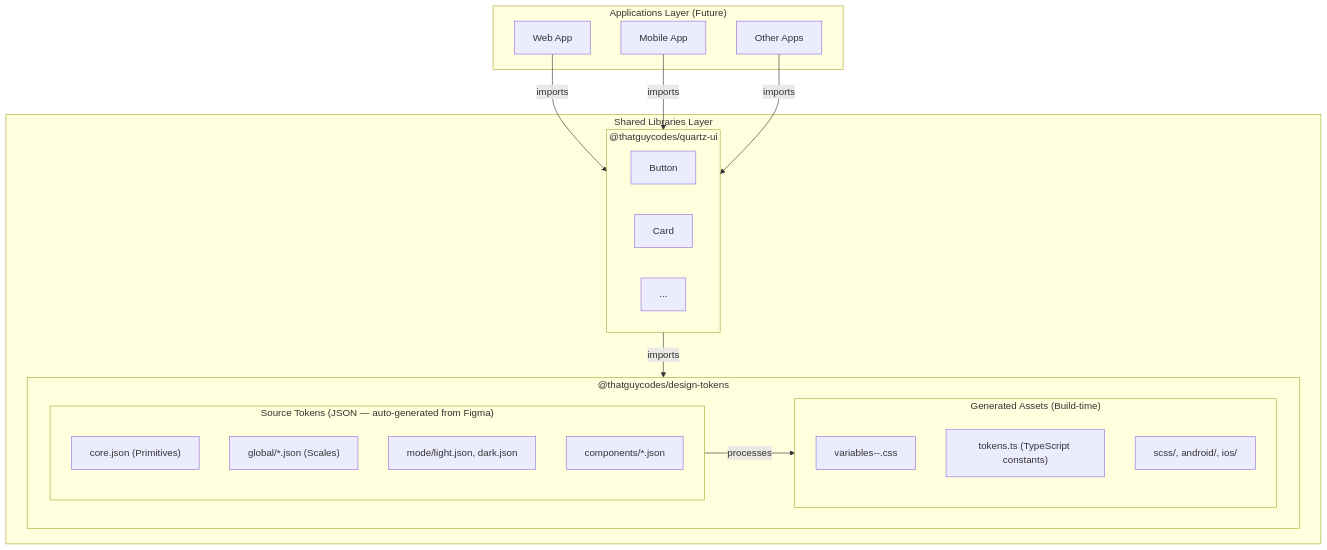
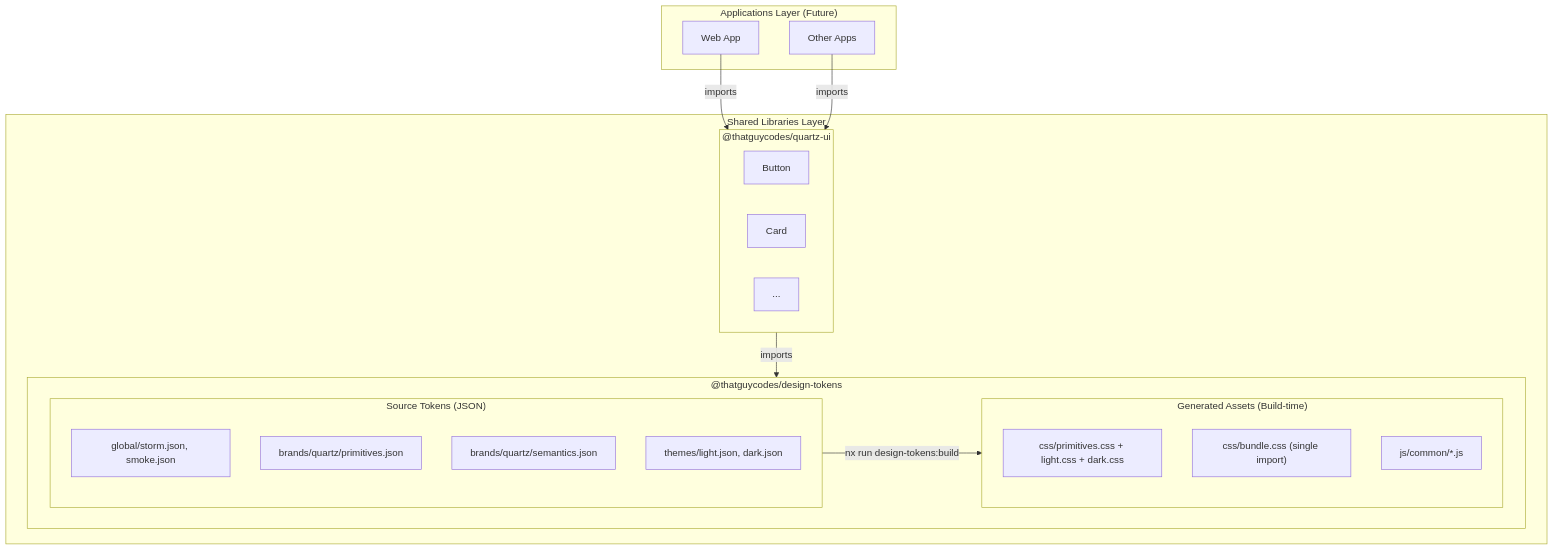
The second of 4 diagrams in docs/ARCHITECTURE.md (thatguycodes/nx-enterprise), drawn with Mermaid before and after one commit. The commit also changed other lines of this file and 40 other files, not shown here.

````diff
--- a/docs/ARCHITECTURE.md
+++ b/docs/ARCHITECTURE.md
@@ -156,39 +152,36 @@
 ```mermaid
 graph TD
     subgraph apps["Applications Layer (Future)"]
         web["Web App"]
-        mobile["Mobile App"]
         future["Other Apps"]
     end
 
     subgraph shared["Shared Libraries Layer"]
         subgraph ui["@thatguycodes/quartz-ui"]
             button["Button"]
             card["Card"]
             more["..."]
         end
 
         subgraph tokens["@thatguycodes/design-tokens"]
             subgraph generated["Generated Assets (Build-time)"]
-                css["variables-<brand>-<theme>.css"]
-                ts["tokens.ts (TypeScript constants)"]
-                other["scss/, android/, ios/"]
+                css["css/primitives.css + light.css + dark.css"]
+                bundle["css/bundle.css (single import)"]
+                js["js/common/*.js"]
             end
 
-            subgraph source["Source Tokens (JSON — auto-generated from Figma)"]
-                core["core.json (Primitives)"]
-                global["global/*.json (Scales)"]
-                mode["mode/light.json, dark.json"]
-                components["components/*.json"]
+            subgraph source["Source Tokens (JSON)"]
+                global["global/storm.json, smoke.json"]
+                primitives["brands/quartz/primitives.json"]
+                semantics["brands/quartz/semantics.json"]
+                themes["themes/light.json, dark.json"]
             end
 
-            source -->|processes| generated
+            source -->|nx run design-tokens:build| generated
         end
     end
 
     web -->|imports| ui
-    mobile -->|imports| ui
     future -->|imports| ui
-
     ui -->|imports| tokens
 ```
````
